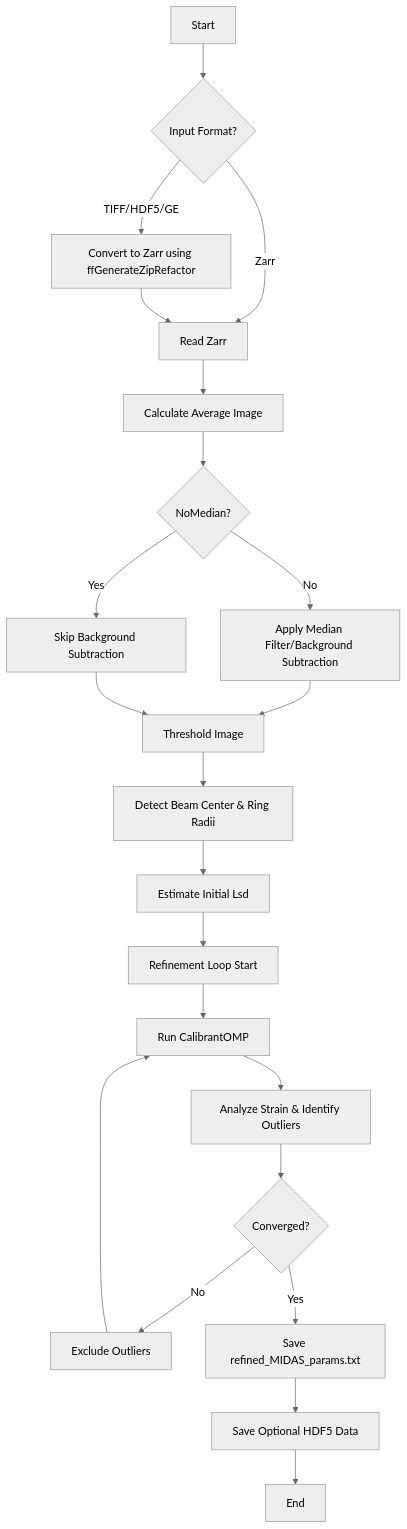
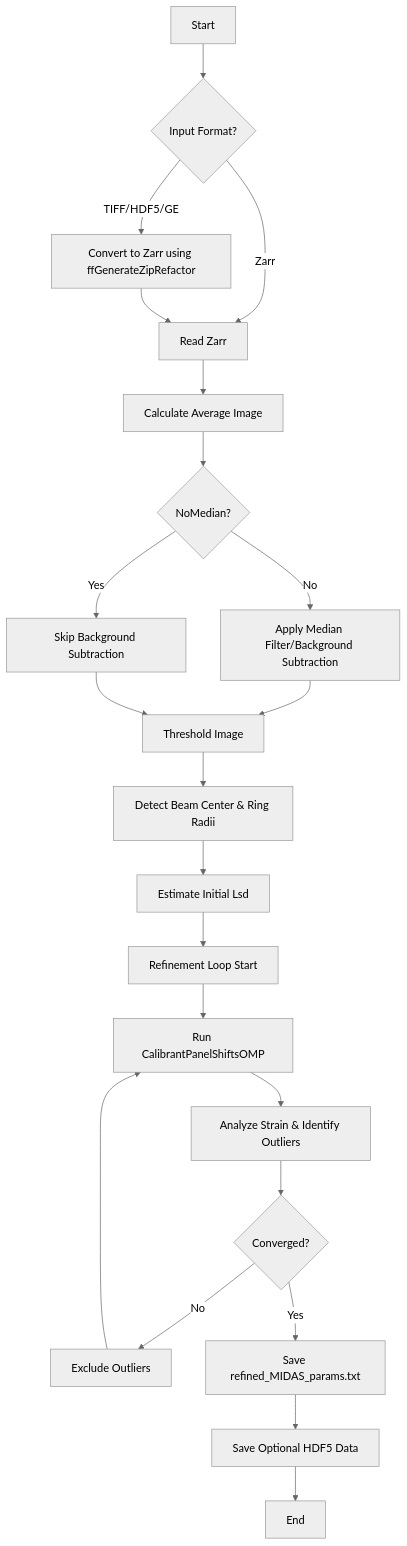
One commit to marinerhemant/MIDAS changed the diagram in manuals/FF_calibration.md. Above: the diagram before and after it, drawn with Mermaid (neutral theme). The commit also changed other lines of this file and 2 other files, not shown here.

First line of the commit message:
Propagate new calibrant params through AutoCalibrateZarr and update manual

````diff
--- a/manuals/FF_calibration.md
+++ b/manuals/FF_calibration.md
@@ -41,24 +41,24 @@
  ```mermaid
  graph TD
      A[Start] --> B{Input Format?};
      B -- Zarr --> C[Read Zarr];
      B -- TIFF/HDF5/GE --> D[Convert to Zarr using ffGenerateZipRefactor];
      D --> C;
      C --> E[Calculate Average Image];
      E --> F{NoMedian?};
      F -- No --> G[Apply Median Filter/Background Subtraction];
      F -- Yes --> H[Skip Background Subtraction];
      G --> I[Threshold Image];
      H --> I;
      I --> J[Detect Beam Center & Ring Radii];
      J --> K[Estimate Initial Lsd];
      K --> L[Refinement Loop Start];
-     L --> M[Run CalibrantOMP];
+     L --> M[Run CalibrantPanelShiftsOMP];
      M --> N[Analyze Strain & Identify Outliers];
      N --> O{Converged?};
      O -- No --> P[Exclude Outliers];
      P --> M;
      O -- Yes --> Q[Save refined_MIDAS_params.txt];
      Q --> R[Save Optional HDF5 Data];
      R --> S[End];
  ```
````
